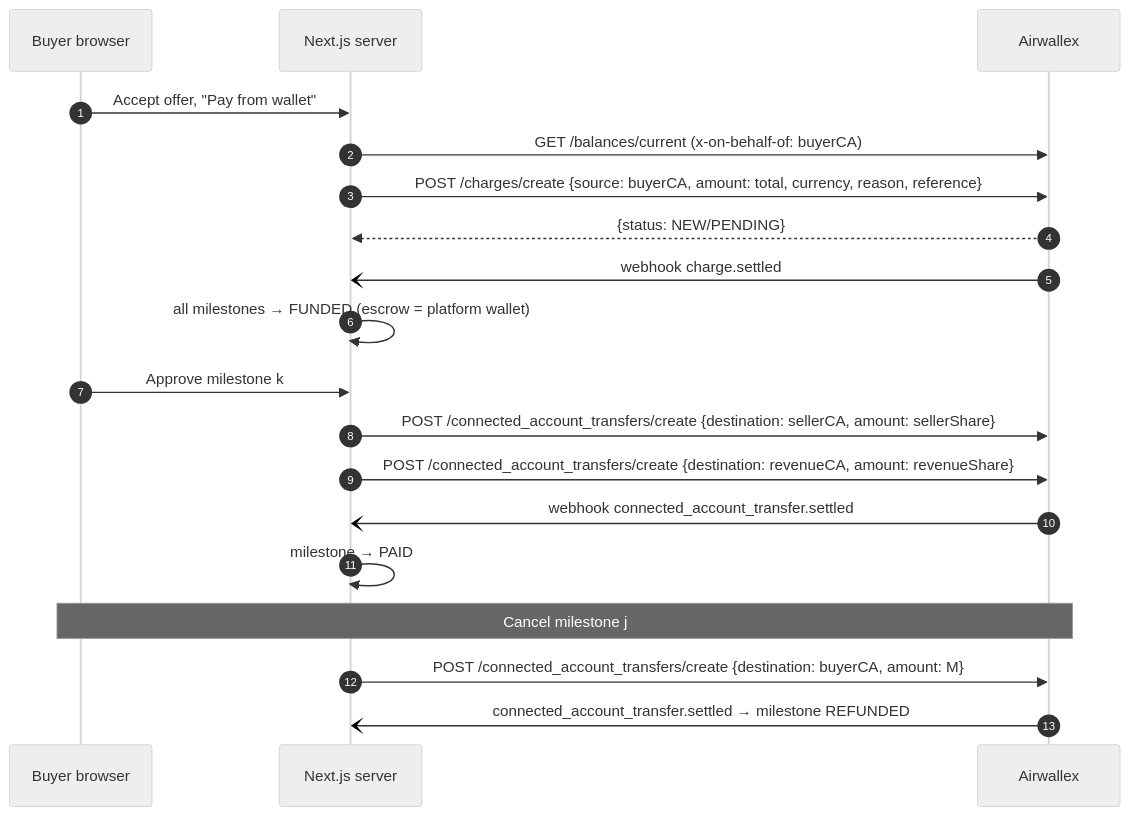
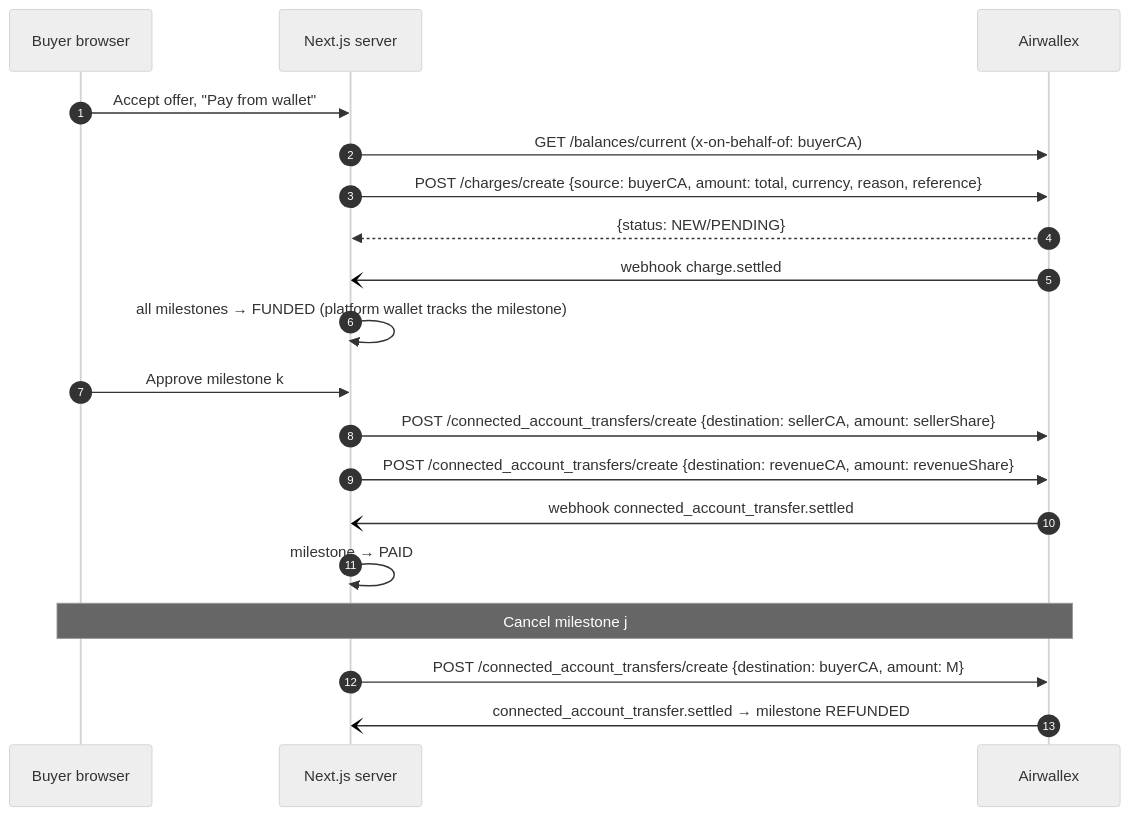
One commit to awx-devx/airwallex-freelance-marketplace changed the third of 3 diagrams in docs/03-airwallex-integration.md. Above: the diagram before and after it, drawn with Mermaid (neutral theme). The commit also changed other lines of this file and 72 other files, not shown here.

````diff
--- a/docs/03-airwallex-integration.md
+++ b/docs/03-airwallex-integration.md
@@ -184,24 +184,24 @@
 ```mermaid
 sequenceDiagram
   autonumber
   participant B as Buyer browser
   participant S as Next.js server
   participant AX as Airwallex
 
   B->>S: Accept offer, "Pay from wallet"
   S->>AX: GET /balances/current (x-on-behalf-of: buyerCA)
   S->>AX: POST /charges/create {source: buyerCA, amount: total, currency, reason, reference}
   AX-->>S: {status: NEW/PENDING}
   AX-)S: webhook charge.settled
-  S->>S: all milestones → FUNDED (escrow = platform wallet)
+  S->>S: all milestones → FUNDED (platform wallet tracks the milestone)
 
   B->>S: Approve milestone k
   S->>AX: POST /connected_account_transfers/create {destination: sellerCA, amount: sellerShare}
   S->>AX: POST /connected_account_transfers/create {destination: revenueCA, amount: revenueShare}
   AX-)S: webhook connected_account_transfer.settled
   S->>S: milestone → PAID
 
   Note over B,AX: Cancel milestone j
   S->>AX: POST /connected_account_transfers/create {destination: buyerCA, amount: M}
   AX-)S: connected_account_transfer.settled → milestone REFUNDED
 ```
````
